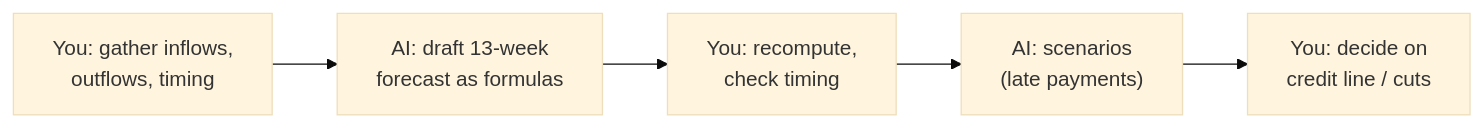
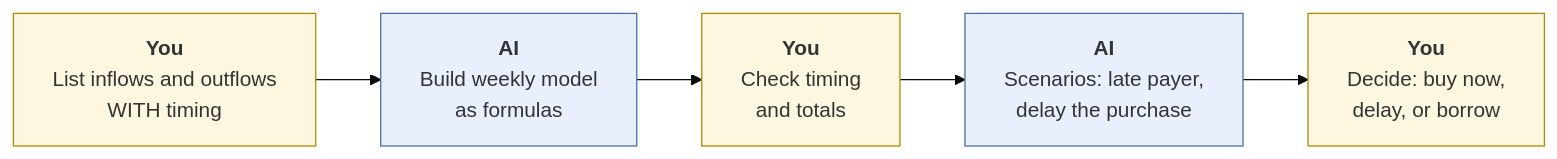
Before and after one commit to clarkngo/applied-ai-field-guide: the first of 2 diagrams in docs/students/cash-flow-analysis.md, drawn with Mermaid (base theme). The commit also changed other lines of this file and 6 other files, not shown here.

````diff
--- a/docs/students/cash-flow-analysis.md
+++ b/docs/students/cash-flow-analysis.md
@@ -34,4 +45,11 @@
 ```mermaid
 flowchart LR
-  A["You: gather inflows,<br/>outflows, timing"] --> B["AI: draft 13-week<br/>forecast as formulas"] --> C["You: recompute,<br/>check timing"] --> D["AI: scenarios<br/>(late payments)"] --> E["You: decide on<br/>credit line / cuts"]
+  A["<b>You</b><br/>List inflows and outflows<br/>WITH timing"] --> B["<b>AI</b><br/>Build weekly model<br/>as formulas"]
+  B --> C["<b>You</b><br/>Check timing<br/>and totals"]
+  C --> D["<b>AI</b><br/>Scenarios: late payer,<br/>delay the purchase"]
+  D --> E["<b>You</b><br/>Decide: buy now,<br/>delay, or borrow"]
+  classDef you fill:#fef7e0,stroke:#b08900;
+  classDef ai fill:#e8f0fe,stroke:#4a6fa5;
+  class A,C,E you;
+  class B,D ai;
 ```
````
